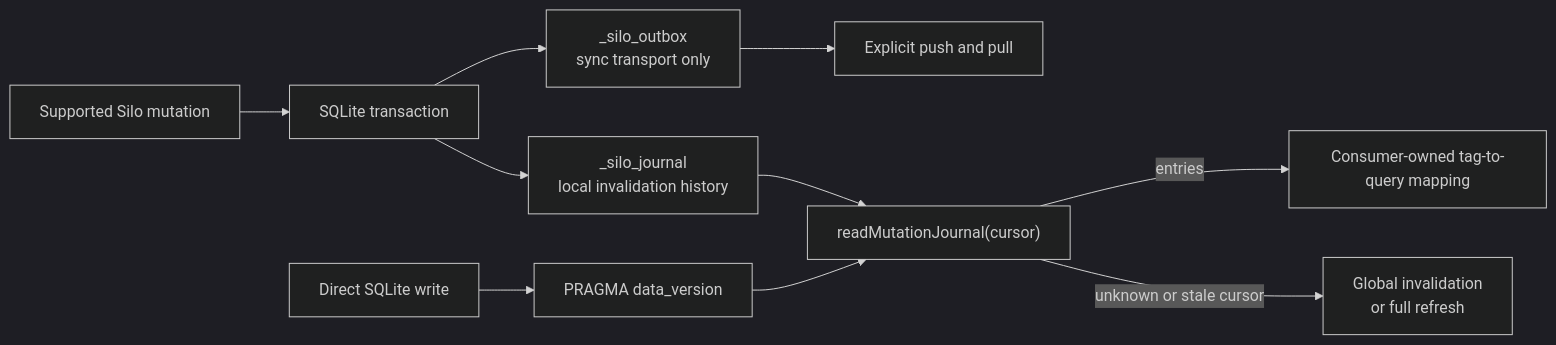
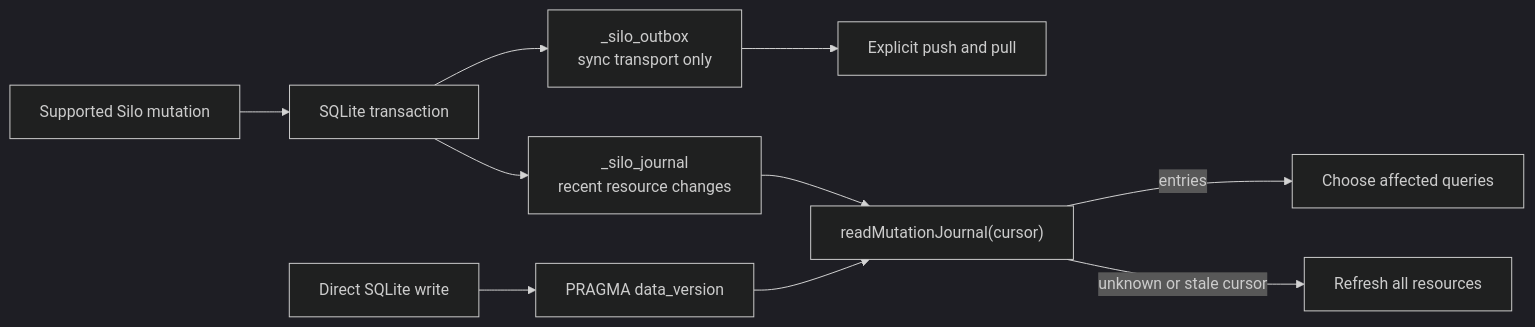
Before and after one commit to silo-ai/silo: the diagram in docs/concepts/mutation-journal.md, drawn with Mermaid (dark theme). The commit also changed other lines of this file, not shown here.

Commit message:
docs: clarify journal polling and observer lifetime

````diff
--- a/docs/concepts/mutation-journal.md
+++ b/docs/concepts/mutation-journal.md
@@ -34,12 +40,12 @@
 ```mermaid
 flowchart LR
   supported["Supported Silo mutation"] --> transaction["SQLite transaction"]
-  transaction --> journal["_silo_journal\nlocal invalidation history"]
+  transaction --> journal["_silo_journal\nrecent resource changes"]
   transaction --> outbox["_silo_outbox\nsync transport only"]
   outbox --> sync["Explicit push and pull"]
   external["Direct SQLite write"] --> version["PRAGMA data_version"]
   journal --> reader["readMutationJournal(cursor)"]
   version --> reader
-  reader -->|"entries"| mapping["Consumer-owned tag-to-query mapping"]
-  reader -->|"unknown or stale cursor"| refresh["Global invalidation\nor full refresh"]
+  reader -->|"entries"| mapping["Choose affected queries"]
+  reader -->|"unknown or stale cursor"| refresh["Refresh all resources"]
 ```
````
